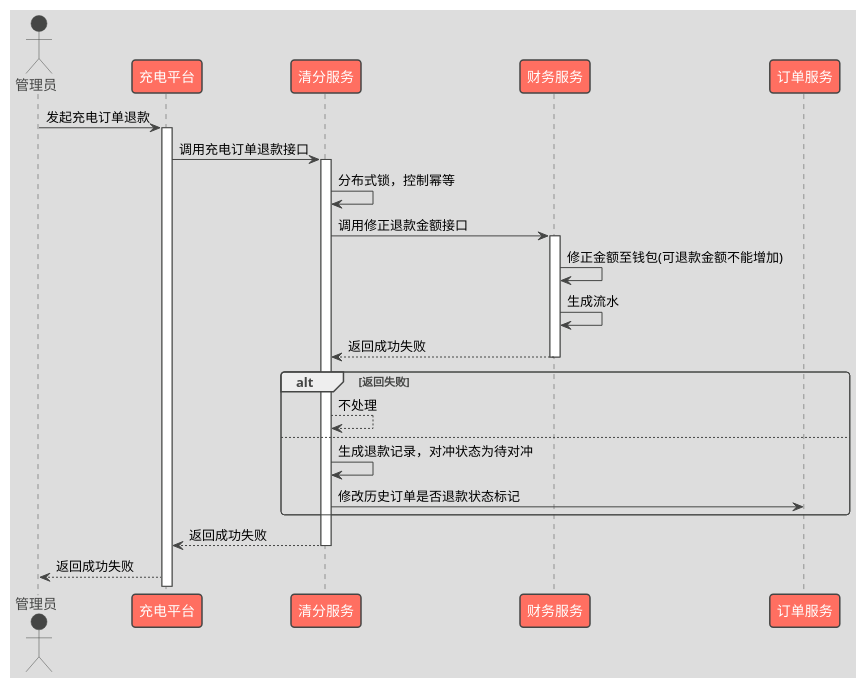
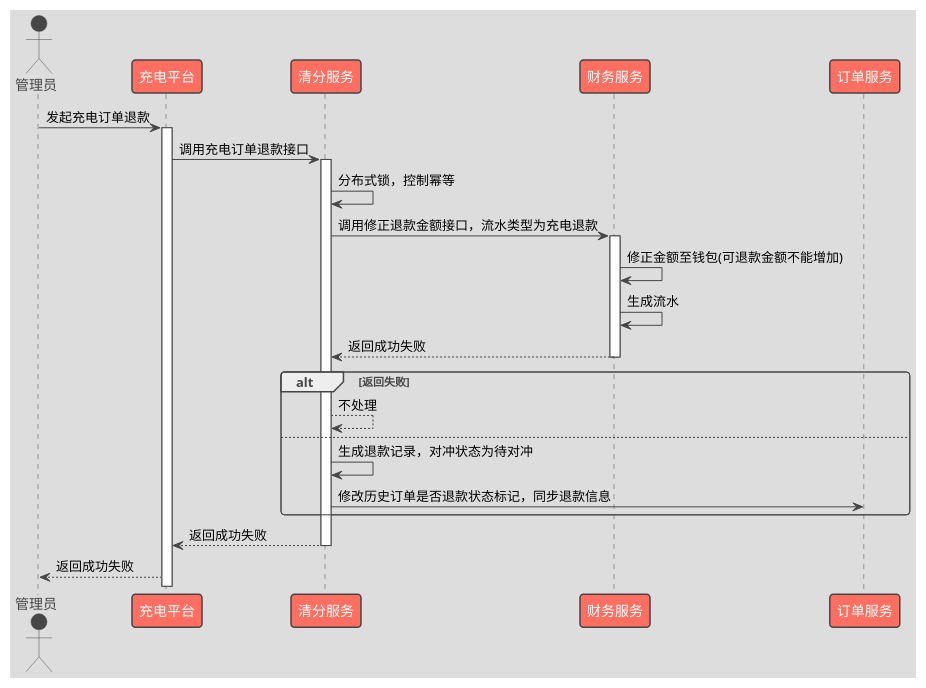
Before and after one commit to Awesome-GJK/LearningCodes: the diagram in demo_lean/src/main/resources/qcln/lznt_refund.puml, drawn with PlantUML. The commit also changed 10 other files, not shown here.

Commit message:
泸州能投清分时序图调整

```diff
--- a/demo_lean/src/main/resources/qcln/lznt_refund.puml
+++ b/demo_lean/src/main/resources/qcln/lznt_refund.puml
@@ -1,27 +1,27 @@
 @startuml
 'https://plantuml.com/sequence-diagram
 !theme toy
 
 actor 管理员
 
 管理员 -> 充电平台: 发起充电订单退款
 activate 充电平台
 充电平台 -> 清分服务: 调用充电订单退款接口
 activate 清分服务
 清分服务 -> 清分服务: 分布式锁，控制幂等
-清分服务 -> 财务服务: 调用修正退款金额接口
+清分服务 -> 财务服务: 调用修正退款金额接口，流水类型为充电退款
 activate 财务服务
 财务服务 -> 财务服务: 修正金额至钱包(可退款金额不能增加)
 财务服务 -> 财务服务: 生成流水
 财务服务 --> 清分服务: 返回成功失败
 deactivate 财务服务
 alt 返回失败
     清分服务 --> 清分服务: 不处理
 else
     清分服务 -> 清分服务: 生成退款记录，对冲状态为待对冲
-    清分服务 -> 订单服务: 修改历史订单是否退款状态标记
+    清分服务 -> 订单服务: 修改历史订单是否退款状态标记，同步退款信息
 end
 清分服务 --> 充电平台: 返回成功失败
 deactivate 清分服务
 充电平台 --> 管理员: 返回成功失败
 @enduml
```
